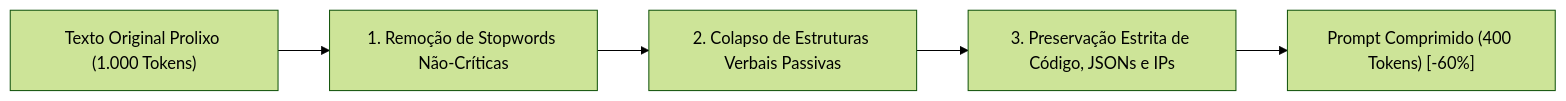
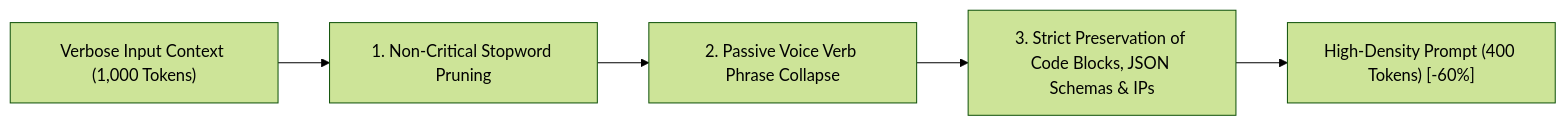
One commit to Lessa-github/sovereign-ai-workspace changed the diagram in docs/caveman-compression.md. Above: the diagram before and after it, drawn with Mermaid (forest theme). The commit also changed other lines of this file and 12 other files, not shown here.

````diff
--- a/docs/caveman-compression.md
+++ b/docs/caveman-compression.md
@@ -11,7 +11,7 @@
 ```mermaid
 flowchart LR
-    A["Texto Original Prolixo (1.000 Tokens)"] --> B["1. Remoção de Stopwords Não-Críticas"]
-    B --> C["2. Colapso de Estruturas Verbais Passivas"]
-    C --> D["3. Preservação Estrita de Código, JSONs e IPs"]
-    D --> E["Prompt Comprimido (400 Tokens) [-60%]"]
+    A["Verbose Input Context (1,000 Tokens)"] --> B["1. Non-Critical Stopword Pruning"]
+    B --> C["2. Passive Voice Verb Phrase Collapse"]
+    C --> D["3. Strict Preservation of Code Blocks, JSON Schemas & IPs"]
+    D --> E["High-Density Prompt (400 Tokens) [-60%]"]
 ```
````
